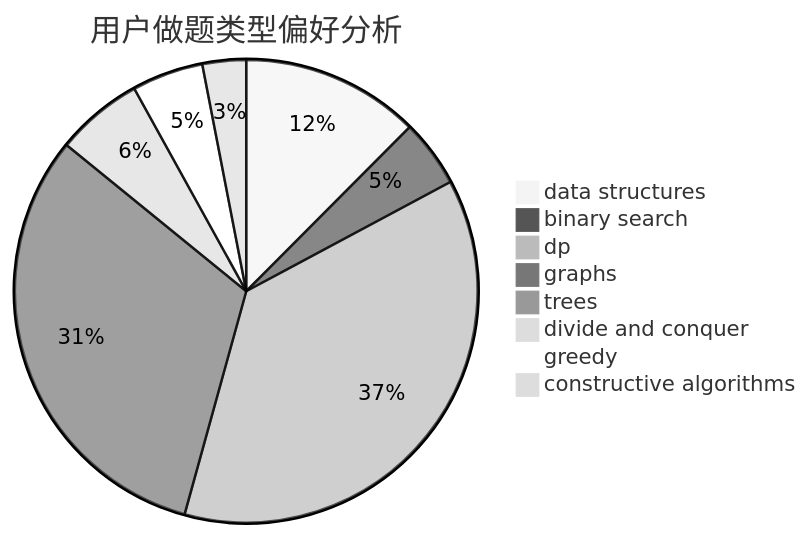
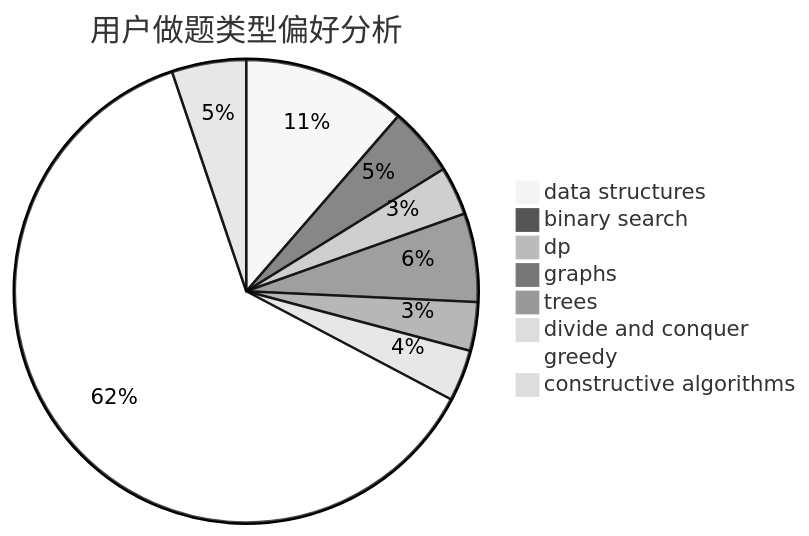
One commit to sherpahu/cfrs.github.io changed the second of 3 diagrams in docs/user/u2712.md. Above: the diagram before and after it, drawn with Mermaid (neutral theme). The commit also changed other lines of this file and 2770 other files, not shown here.

````diff
--- a/docs/user/u2712.md
+++ b/docs/user/u2712.md
@@ -23,11 +23,11 @@
 ```mermaid
 pie title 用户做题类型偏好分析
-    "data structures" :  45
-    "binary search" :  17
-    "dp" :  134
-    "graphs" :  114
-    "trees" :  2
-    "divide and conquer" :  22
-    "greedy" :  18
-    "constructive algorithms" :  11
+    "data structures" :  57
+    "binary search" :  24
+    "dp" :  17
+    "graphs" :  31
+    "trees" :  17
+    "divide and conquer" :  18
+    "greedy" :  311
+    "constructive algorithms" :  26
 ```
````
